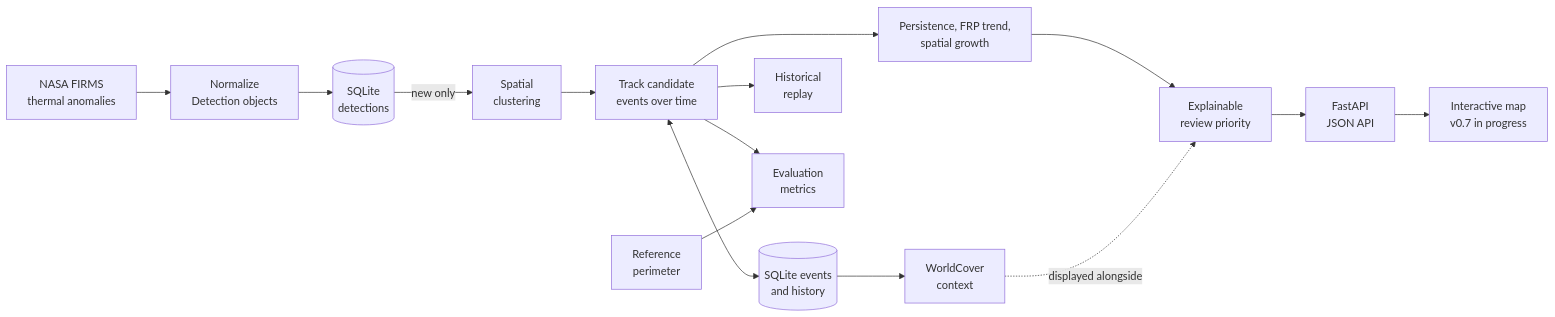
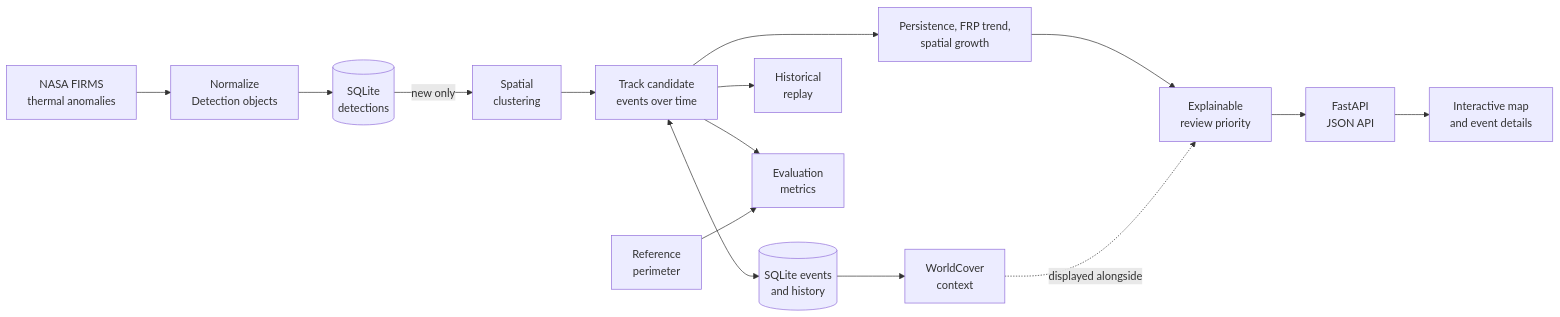
The diagram in README.md (stoppo22/wildfirewatch), drawn with Mermaid before and after one commit. The commit also changed other lines of this file and 7 other files, not shown here.

Commit message:
feat: add interactive event explorer

````diff
--- a/README.md
+++ b/README.md
@@ -17,17 +17,17 @@
 ```mermaid
 flowchart LR
     A[NASA FIRMS<br/>thermal anomalies] --> B[Normalize<br/>Detection objects]
     B --> H[(SQLite<br/>detections)]
     H -- new only --> C[Spatial<br/>clustering]
     C --> D[Track candidate<br/>events over time]
     D <--> I[(SQLite events<br/>and history)]
     D --> E[Historical<br/>replay]
     D --> F[Evaluation<br/>metrics]
     G[Reference<br/>perimeter] --> F
     D --> J[Persistence, FRP trend,<br/>spatial growth]
     J --> K[Explainable<br/>review priority]
     I --> L[WorldCover<br/>context]
     L -. displayed alongside .-> K
     K --> M[FastAPI<br/>JSON API]
-    M --> N[Interactive map<br/>v0.7 in progress]
+    M --> N[Interactive map<br/>and event details]
 ```
````
